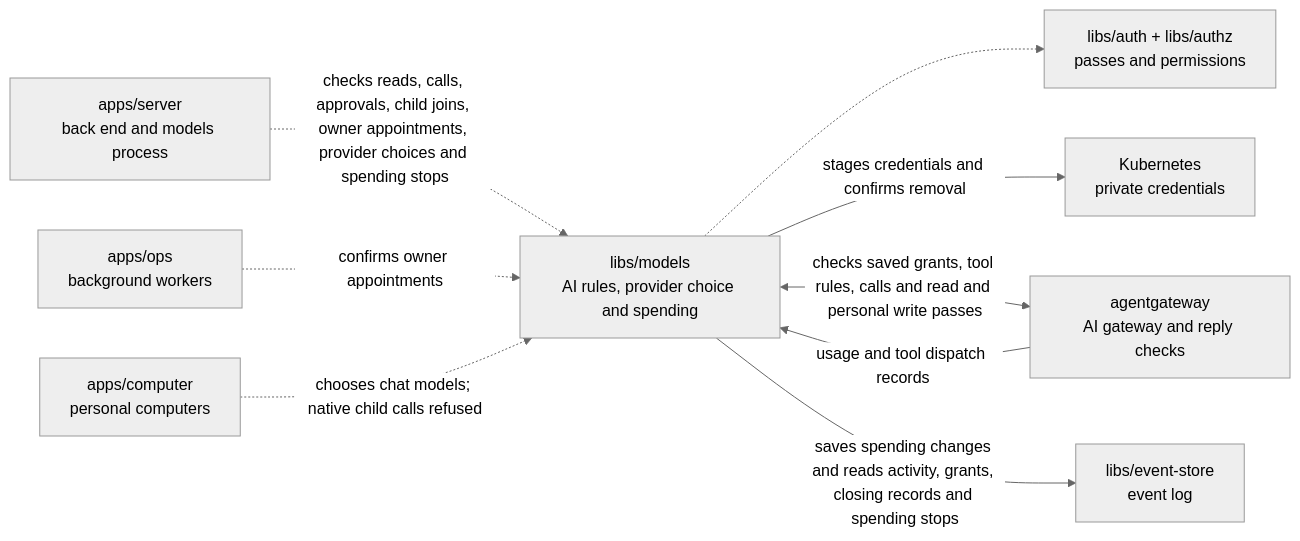
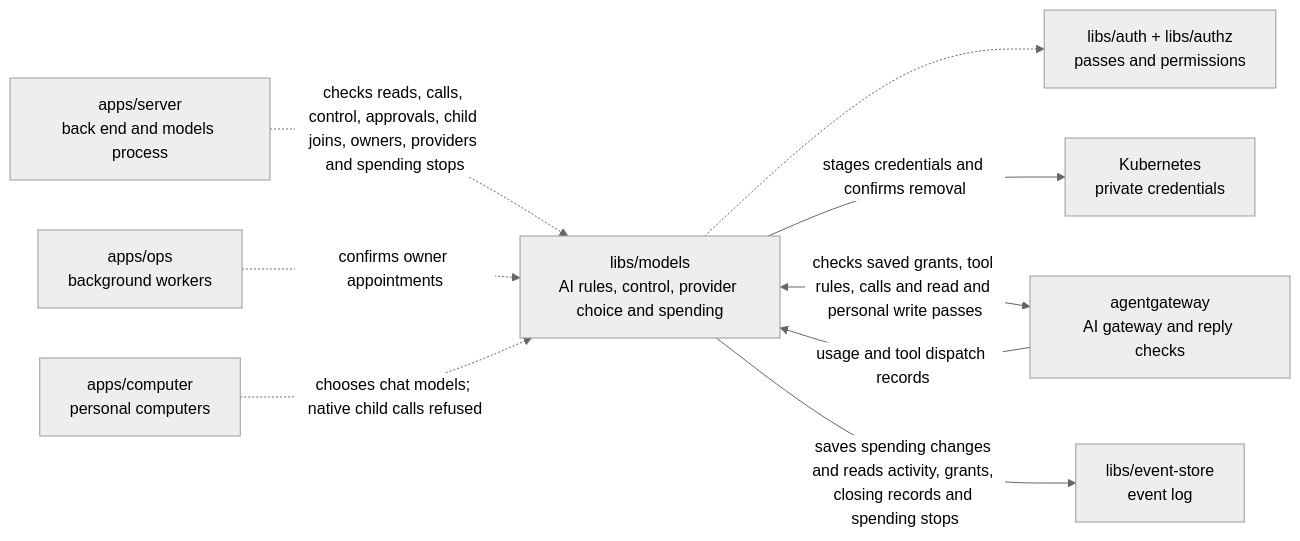
The diagram in libs/models/README.md (elewa-git/opencrane-new), drawn with Mermaid (neutral theme) before and after one commit. The commit also changed other lines of this file and 36 other files, not shown here.

````diff
--- a/libs/models/README.md
+++ b/libs/models/README.md
@@ -14,11 +14,11 @@
 ```mermaid
 flowchart LR
-  server["apps/server<br/>back end and models process"] -.->|checks reads, calls, approvals, child joins, owner appointments, provider choices and spending stops| models["libs/models<br/>AI rules, provider choice and spending"]
+  server["apps/server<br/>back end and models process"] -.->|checks reads, calls, control, approvals, child joins, owners, providers and spending stops| models["libs/models<br/>AI rules, control, provider choice and spending"]
   ops["apps/ops<br/>background workers"] -.->|confirms owner appointments| models
   computer["apps/computer<br/>personal computers"] -.->|chooses chat models; native child calls refused| models
   models -.-> auth["libs/auth + libs/authz<br/>passes and permissions"]
   models -->|stages credentials and confirms removal| custody["Kubernetes<br/>private credentials"]
   models <-->|checks saved grants, tool rules, calls and read and personal write passes| gateway["agentgateway<br/>AI gateway and reply checks"]
   gateway -->|usage and tool dispatch records| models
   models -->|saves spending changes and reads activity, grants, closing records and spending stops| store["libs/event-store<br/>event log"]
 ```
````
